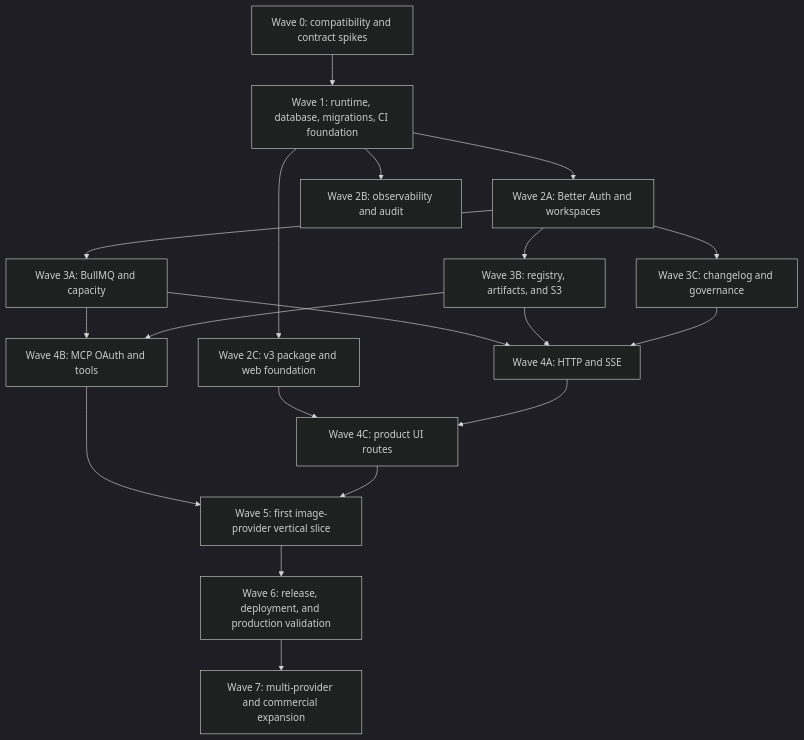
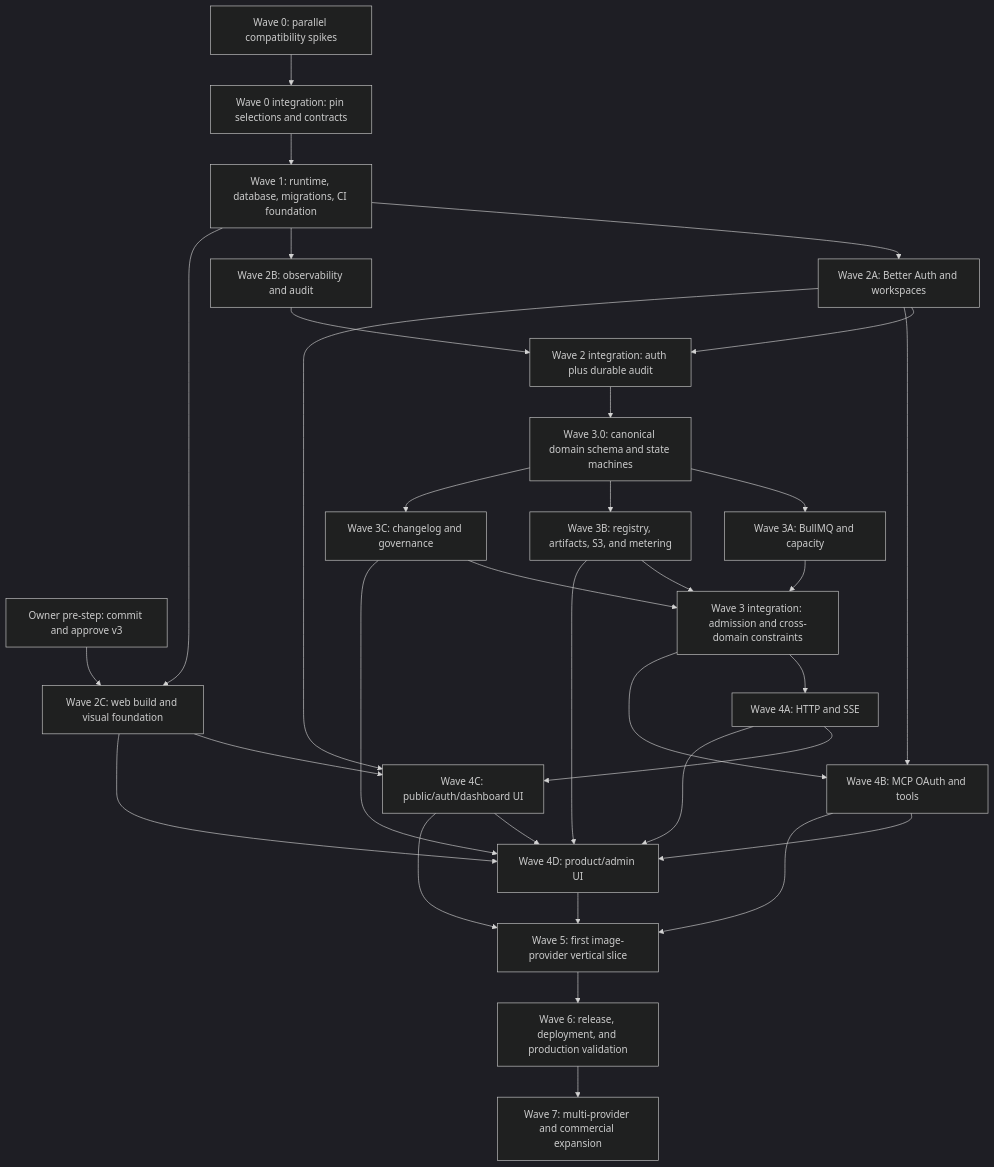
One commit to ZafTec/relay changed the diagram in docs/implementation-handoff/01-execution-waves.md. Above: the diagram before and after it, drawn with Mermaid (dark theme). The commit also changed other lines of this file and 15 other files, not shown here.

````diff
--- a/docs/implementation-handoff/01-execution-waves.md
+++ b/docs/implementation-handoff/01-execution-waves.md
@@ -9,36 +9,56 @@
 ```mermaid
 flowchart TD
-    W0[Wave 0: compatibility and contract spikes]
+    V3[Owner pre-step: commit and approve v3]
+    W0[Wave 0: parallel compatibility spikes]
+    W0I[Wave 0 integration: pin selections and contracts]
     W1[Wave 1: runtime, database, migrations, CI foundation]
     W2A[Wave 2A: Better Auth and workspaces]
     W2B[Wave 2B: observability and audit]
-    W2C[Wave 2C: v3 package and web foundation]
+    W2C[Wave 2C: web build and visual foundation]
+    W2I[Wave 2 integration: auth plus durable audit]
+    W30[Wave 3.0: canonical domain schema and state machines]
     W3A[Wave 3A: BullMQ and capacity]
-    W3B[Wave 3B: registry, artifacts, and S3]
+    W3B[Wave 3B: registry, artifacts, S3, and metering]
     W3C[Wave 3C: changelog and governance]
+    W3I[Wave 3 integration: admission and cross-domain constraints]
     W4A[Wave 4A: HTTP and SSE]
     W4B[Wave 4B: MCP OAuth and tools]
-    W4C[Wave 4C: product UI routes]
+    W4C[Wave 4C: public/auth/dashboard UI]
+    W4D[Wave 4D: product/admin UI]
     W5[Wave 5: first image-provider vertical slice]
     W6[Wave 6: release, deployment, and production validation]
     W7[Wave 7: multi-provider and commercial expansion]
 
-    W0 --> W1
+    W0 --> W0I
+    W0I --> W1
+    V3 --> W2C
     W1 --> W2A
     W1 --> W2B
     W1 --> W2C
-    W2A --> W3A
-    W2A --> W3B
-    W2A --> W3C
-    W3A --> W4A
-    W3B --> W4A
-    W3C --> W4A
-    W3A --> W4B
-    W3B --> W4B
+    W2A --> W2I
+    W2B --> W2I
+    W2I --> W30
+    W30 --> W3A
+    W30 --> W3B
+    W30 --> W3C
+    W3A --> W3I
+    W3B --> W3I
+    W3C --> W3I
+    W3I --> W4A
+    W3I --> W4B
+    W2A --> W4B
     W2C --> W4C
+    W2A --> W4C
     W4A --> W4C
+    W2C --> W4D
+    W4A --> W4D
+    W4B --> W4D
+    W4C --> W4D
+    W3B --> W4D
+    W3C --> W4D
     W4B --> W5
     W4C --> W5
+    W4D --> W5
     W5 --> W6
     W6 --> W7
 ```
````
